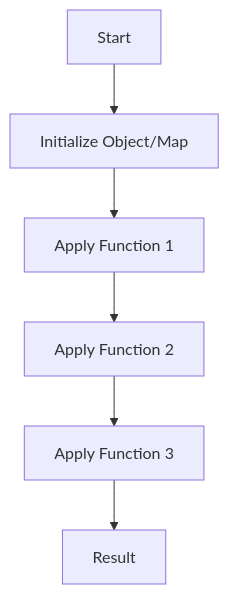
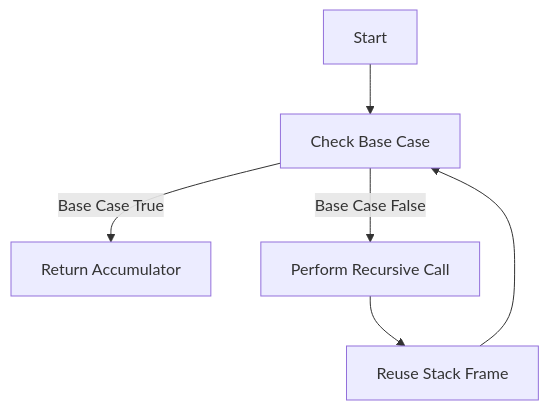
The diagram in content/patterns-clojure/5/7/index.md (MasteryEducation/SoftwarePatternsLexicon.com), drawn with Mermaid before and after one commit. The commit also changed other lines of this file and 462 other files, not shown here.

````diff
--- a/content/patterns-clojure/5/7/index.md
+++ b/content/patterns-clojure/5/7/index.md
@@ -121,8 +139,8 @@
 ```mermaid
-graph TD;
-    A[Start] --> B[Initialize Object/Map];
-    B --> C[Apply Function 1];
-    C --> D[Apply Function 2];
-    D --> E[Apply Function 3];
-    E --> F[Result];
+flowchart TD
+    A[Start] --> B[Check Base Case]
+    B -->|Base Case True| C[Return Accumulator]
+    B -->|Base Case False| D[Perform Recursive Call]
+    D --> E[Reuse Stack Frame]
+    E --> B
 ```
````
